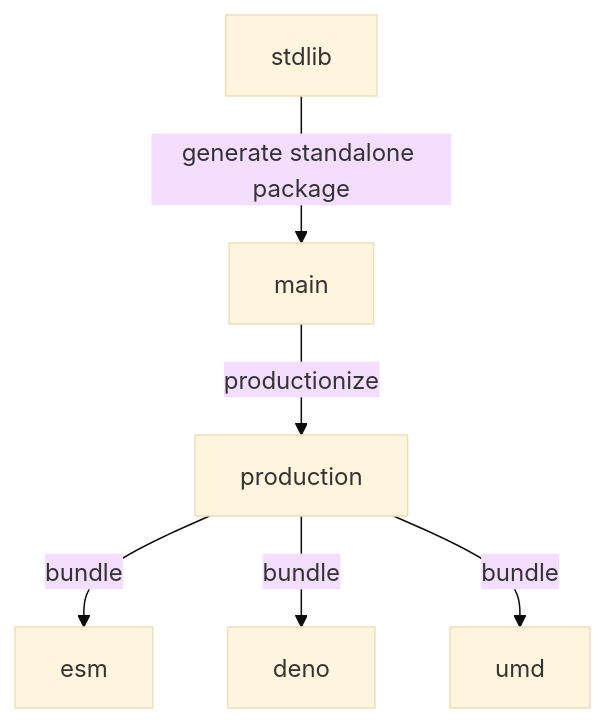
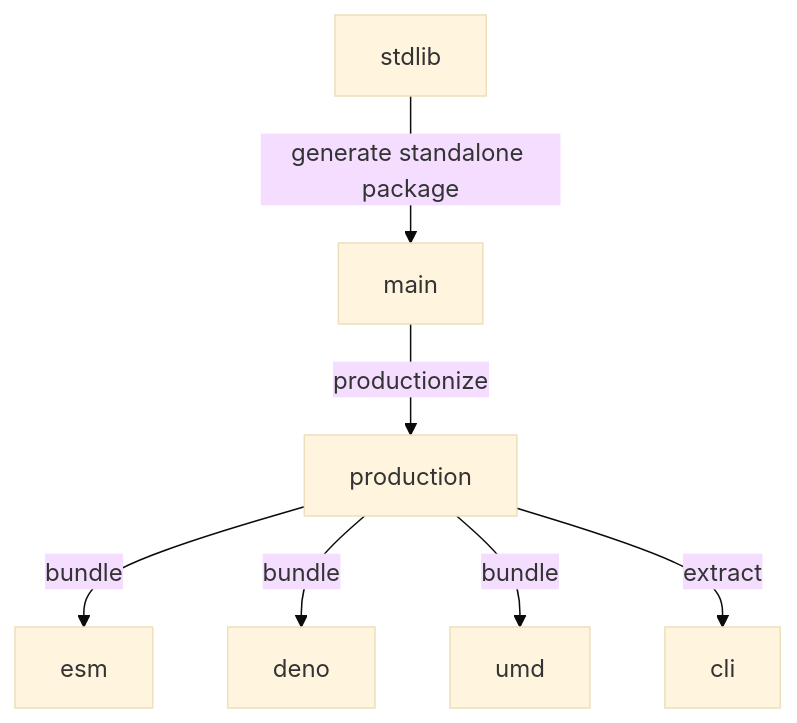
One commit to stdlib-js/assert-has-uint8clampedarray-support changed the diagram in branches.md. Above: the diagram before and after it, drawn with Mermaid (base theme). The commit also changed other lines of this file and 8 other files, not shown here.

````diff
--- a/branches.md
+++ b/branches.md
@@ -33,15 +34,17 @@
 ```mermaid
 graph TD;
 A[stdlib]-->|generate standalone package|B;
 B[main] -->|productionize| C[production];
 C -->|bundle| D[esm];
 C -->|bundle| E[deno];
 C -->|bundle| F[umd];
+C -->|extract| G[cli];
 
-click A href "https://github.com/stdlib-js/stdlib/tree/develop/lib/node_modules/%40stdlib/assert/has-uint8clampedarray-support"
-click B href "https://github.com/stdlib-js/assert-has-uint8clampedarray-support/tree/main"
-click C href "https://github.com/stdlib-js/assert-has-uint8clampedarray-support/tree/production"
-click D href "https://github.com/stdlib-js/assert-has-uint8clampedarray-support/tree/esm"
-click E href "https://github.com/stdlib-js/assert-has-uint8clampedarray-support/tree/deno"
-click F href "https://github.com/stdlib-js/assert-has-uint8clampedarray-support/tree/umd"
+%% click A href "https://github.com/stdlib-js/stdlib/tree/develop/lib/node_modules/%40stdlib/assert/has-uint8clampedarray-support"
+%% click B href "https://github.com/stdlib-js/assert-has-uint8clampedarray-support/tree/main"
+%% click C href "https://github.com/stdlib-js/assert-has-uint8clampedarray-support/tree/production"
+%% click D href "https://github.com/stdlib-js/assert-has-uint8clampedarray-support/tree/esm"
+%% click E href "https://github.com/stdlib-js/assert-has-uint8clampedarray-support/tree/deno"
+%% click F href "https://github.com/stdlib-js/assert-has-uint8clampedarray-support/tree/umd"
+%% click G href "https://github.com/stdlib-js/assert-has-uint8clampedarray-support/tree/cli"
 ```
````
